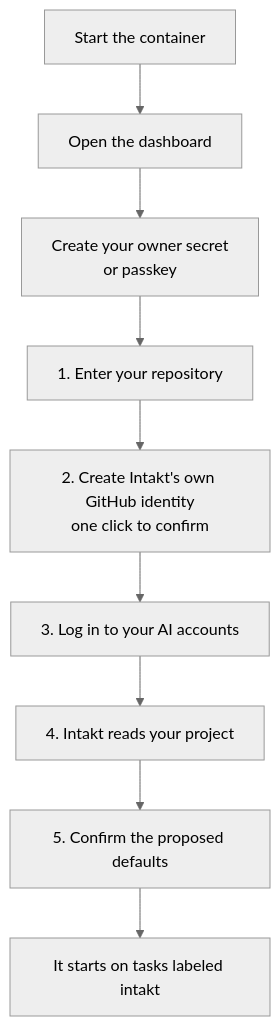
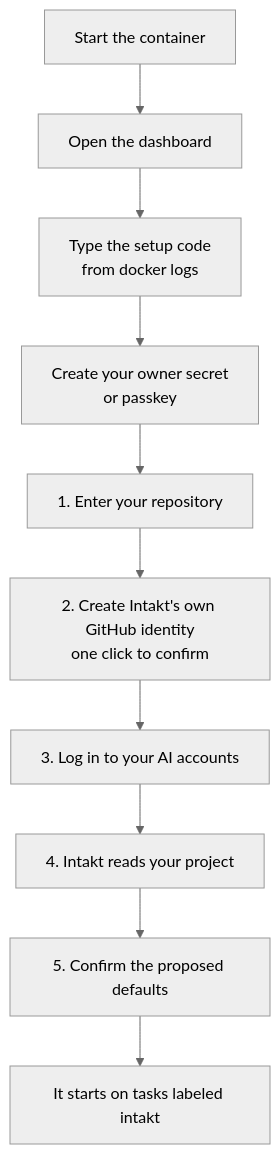
One commit to shinyredapples/intakt changed the first of 2 diagrams in docs/guide/setting-up-intakt.md. Above: the diagram before and after it, drawn with Mermaid (neutral theme). The commit also changed other lines of this file and 5 other files, not shown here.

````diff
--- a/docs/guide/setting-up-intakt.md
+++ b/docs/guide/setting-up-intakt.md
@@ -9,11 +9,12 @@
 ```mermaid
 flowchart TD
   run[Start the container] --> open[Open the dashboard]
-  open --> owner[Create your owner secret<br/>or passkey]
+  open --> code[Type the setup code<br/>from docker logs]
+  code --> owner[Create your owner secret<br/>or passkey]
   owner --> repo[1. Enter your repository]
   repo --> app[2. Create Intakt's own GitHub identity<br/>one click to confirm]
   app --> ai[3. Log in to your AI accounts]
   ai --> read[4. Intakt reads your project]
   read --> defaults[5. Confirm the proposed defaults]
   defaults --> go[It starts on tasks labeled intakt]
 ```
````
